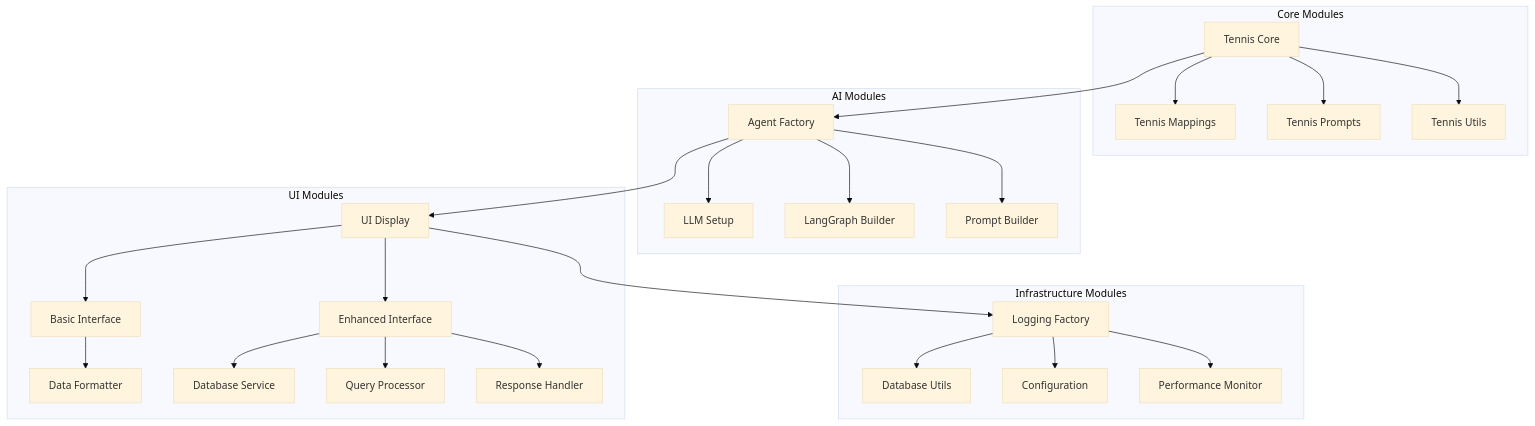
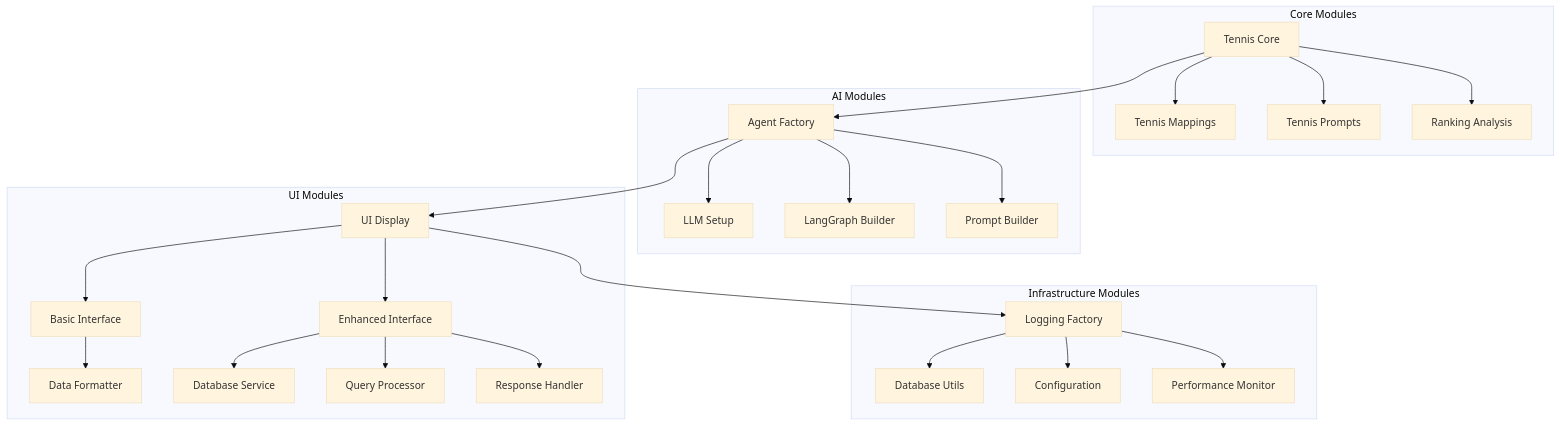
The third of 18 diagrams in docs/04_Software_Process_Model.md (Ajit-KBehera/AskTennis_Gemini), drawn with Mermaid (base theme) before and after one commit. The commit also changed 2 other files, not shown here.

Commit message:
Update documentation to reflect recent architecture changes
- Updated README.md with correct file structure and line counts
- Updated System Architecture doc: UnifiedAgentConfig → AgentConfig/DatabaseConfig/Config
- Updated System Architecture doc: config/constants → constants.py (root level)
- Updated System Architecture doc: Tennis Utils → Ranking Analysis
- Updated Software Process Model: Tennis Utils → Ranking Analysis
- Removed references to non-existent files (load_data_main_tour_singles_open_era.py, README_DIAGRAMS.md, SOLUTION_SUMMARY.md, docs/database/)
- Updated all architecture diagrams to reflect current modular configuration structure
- Fixed line counts: app_basic.py and app_ui.py are 45 lines each

````diff
--- a/docs/04_Software_Process_Model.md
+++ b/docs/04_Software_Process_Model.md
@@ -95,33 +95,33 @@
 ```mermaid
 graph TD
     subgraph "Core Modules"
         A[Tennis Core] --> B[Tennis Mappings]
         A --> C[Tennis Prompts]
-        A --> D[Tennis Utils]
+        A --> D[Ranking Analysis]
     end
     
     subgraph "AI Modules"
         E[Agent Factory] --> F[LLM Setup]
         E --> G[LangGraph Builder]
         E --> H[Prompt Builder]
     end
     
     subgraph "UI Modules"
         I[UI Display] --> J[Basic Interface]
         I --> K[Enhanced Interface]
         J --> L[Data Formatter]
         K --> M[Database Service]
         K --> N[Query Processor]
         K --> O[Response Handler]
     end
     
     subgraph "Infrastructure Modules"
         P[Logging Factory] --> Q[Database Utils]
         P --> R[Configuration]
         P --> S[Performance Monitor]
     end
     
     A --> E
     E --> I
     I --> P
 ```
````
